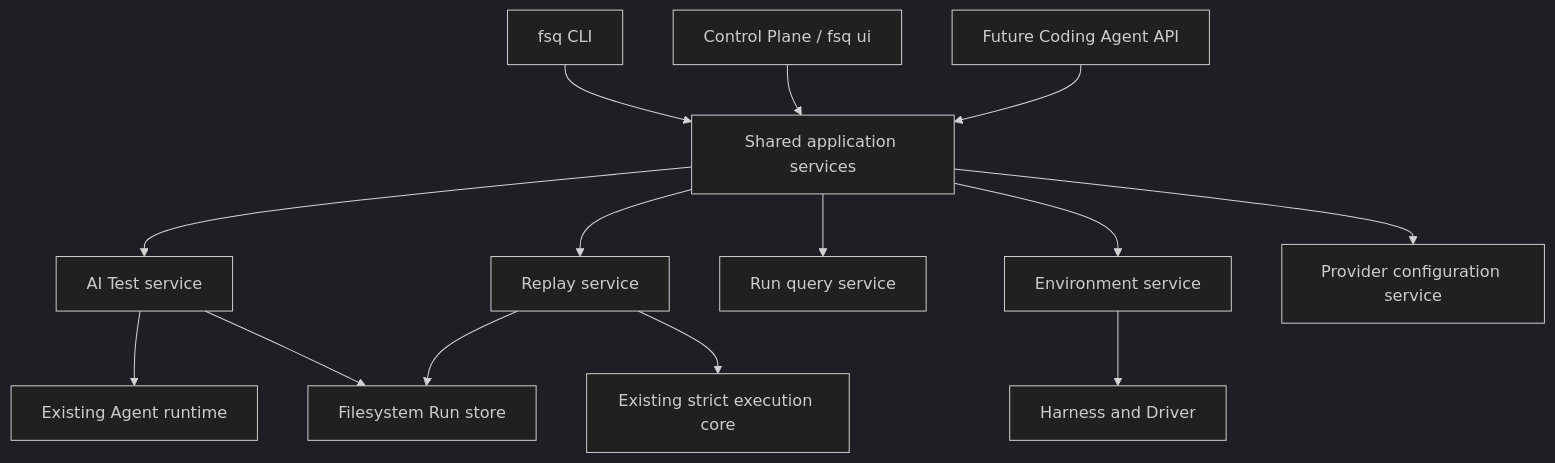
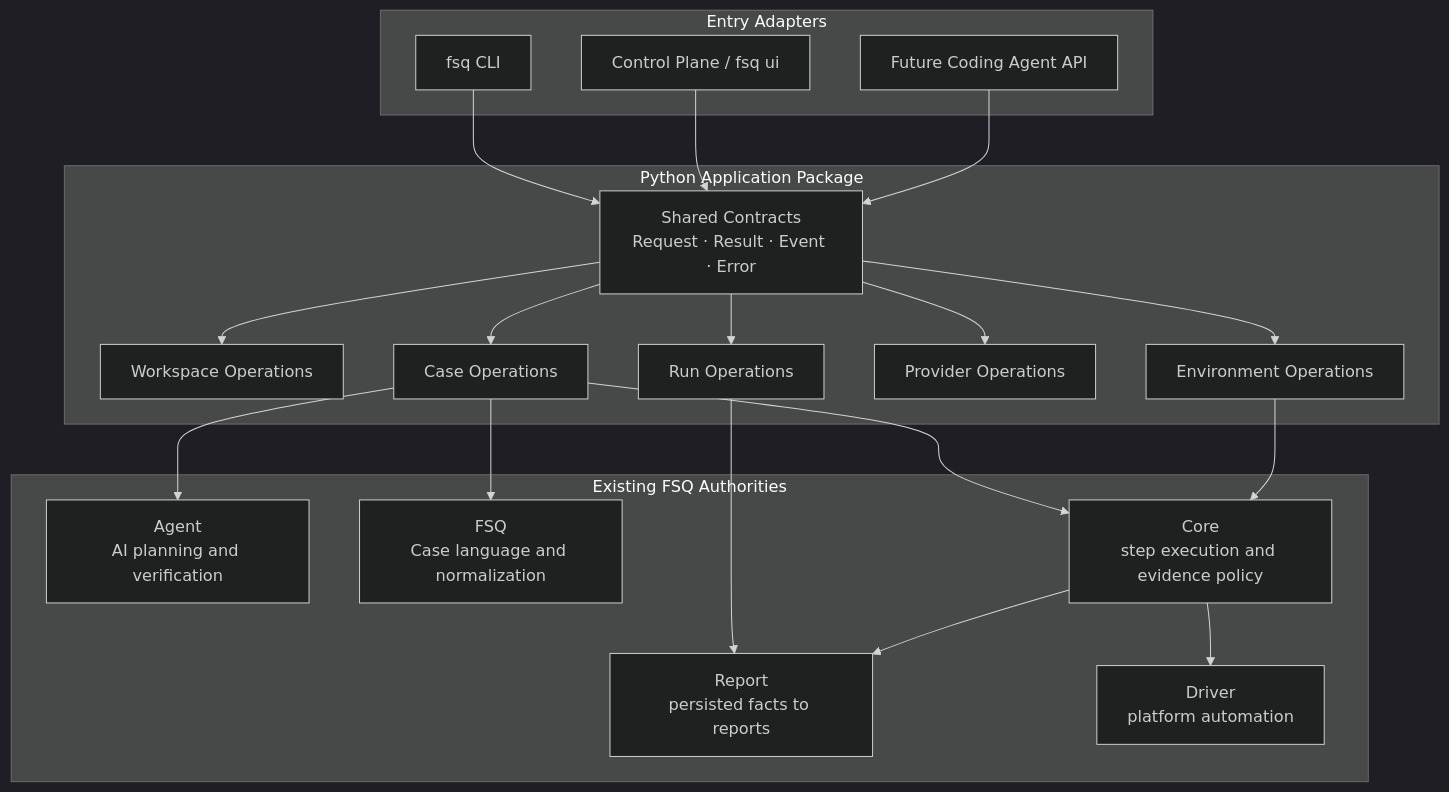
The diagram in docs/superpowers/specs/2026-08-13-next-generation-cli-design.md (houlianpi/FSQ), drawn with Mermaid (dark theme) before and after one commit. The commit also changed other lines of this file and 32 other files, not shown here.

Commit message:
feat(cli): implement next-generation command architecture

````diff
--- a/docs/superpowers/specs/2026-08-13-next-generation-cli-design.md
+++ b/docs/superpowers/specs/2026-08-13-next-generation-cli-design.md
@@ -311,16 +264,41 @@
 ```mermaid
 flowchart TD
-    CLI["fsq CLI"] --> App["Shared application services"]
-    UI["Control Plane / fsq ui"] --> App
-    Future["Future Coding Agent API"] --> App
-    App --> Test["AI Test service"]
-    App --> Replay["Replay service"]
-    App --> Runs["Run query service"]
-    App --> Env["Environment service"]
-    App --> Providers["Provider configuration service"]
-    Test --> Agent["Existing Agent runtime"]
-    Replay --> Core["Existing strict execution core"]
-    Test --> Store["Filesystem Run store"]
-    Replay --> Store
-    Env --> Harness["Harness and Driver"]
+    subgraph Adapters["Entry Adapters"]
+        CLI["fsq CLI"]
+        UI["Control Plane / fsq ui"]
+        AgentAPI["Future Coding Agent API"]
+    end
+
+    subgraph Application["Python Application Package"]
+        Contracts["Shared Contracts<br/>Request · Result · Event · Error"]
+        Workspace["Workspace Operations"]
+        Cases["Case Operations"]
+        Runs["Run Operations"]
+        Providers["Provider Operations"]
+        Environments["Environment Operations"]
+    end
+
+    subgraph Authorities["Existing FSQ Authorities"]
+        Agent["Agent<br/>AI planning and verification"]
+        FSQ["FSQ<br/>Case language and normalization"]
+        Core["Core<br/>step execution and evidence policy"]
+        Report["Report<br/>persisted facts to reports"]
+        Driver["Driver<br/>platform automation"]
+    end
+
+    CLI --> Contracts
+    UI --> Contracts
+    AgentAPI --> Contracts
+    Contracts --> Workspace
+    Contracts --> Cases
+    Contracts --> Runs
+    Contracts --> Providers
+    Contracts --> Environments
+    Cases --> Agent
+    Cases --> FSQ
+    Cases --> Core
+    Runs --> Report
+    Environments --> Core
+    Core --> Driver
+    Core --> Report
 ```
````
